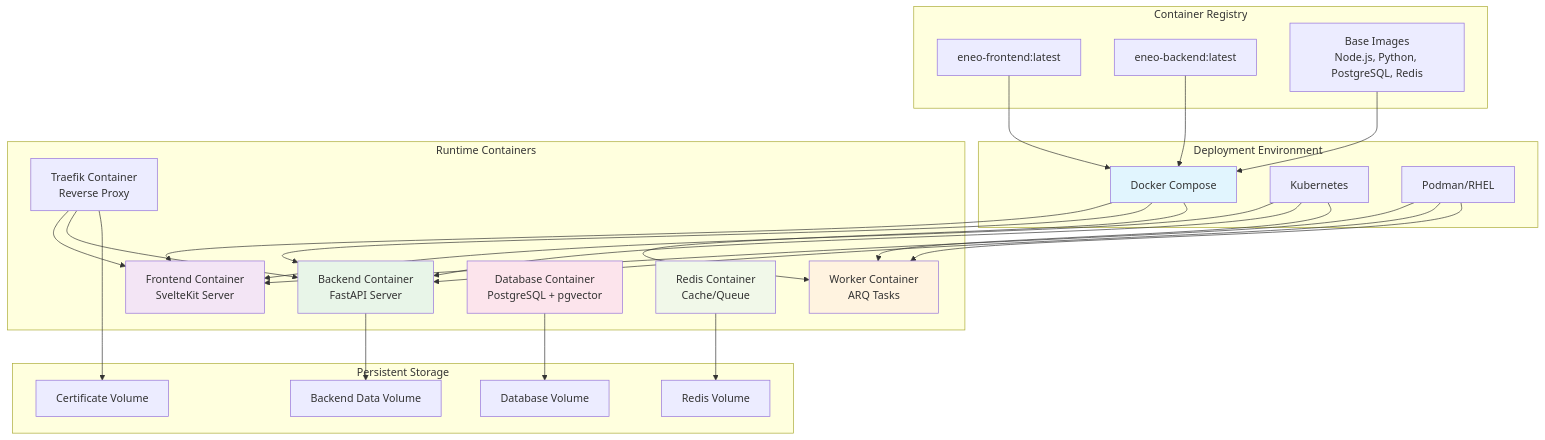
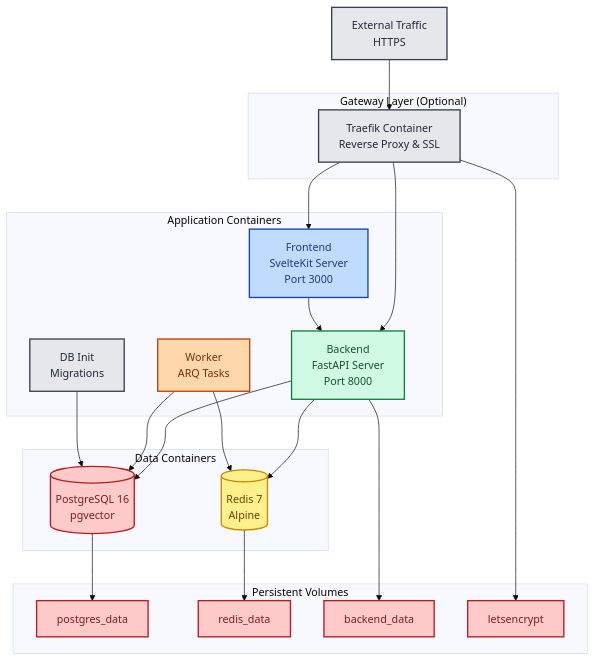
Before and after one commit to eneo-ai/eneo: the seventh of 7 diagrams in docs/ARCHITECTURE.md, drawn with Mermaid. The commit also changed other lines of this file, not shown here.

````diff
--- a/docs/ARCHITECTURE.md
+++ b/docs/ARCHITECTURE.md
@@ -674,61 +726,63 @@
 ```mermaid
-graph TB
-    subgraph "Container Registry"
-        FRONTEND_IMG[eneo-frontend:latest]
-        BACKEND_IMG[eneo-backend:latest]
-        BASE_IMGS[Base Images<br/>Node.js, Python, PostgreSQL, Redis]
+%%{init: {'theme': 'base'}}%%
+graph TD
+    classDef userFacing fill:#bfdbfe,stroke:#1e40af,stroke-width:2px,color:#1e3a8a
+    classDef appLogic fill:#d1fae5,stroke:#15803d,stroke-width:2px,color:#14532d
+    classDef dataStore fill:#fecaca,stroke:#b91c1c,stroke-width:2px,color:#7f1d1d
+    classDef caching fill:#fef08a,stroke:#ca8a04,stroke-width:2px,color:#713f12
+    classDef infra fill:#e5e7eb,stroke:#374151,stroke-width:2px,color:#1f2937
+    classDef workers fill:#fed7aa,stroke:#c2410c,stroke-width:2px,color:#7c2d12
+
+    EXT[External Traffic<br/>HTTPS]
+
+    subgraph "Gateway Layer (Optional)"
+        TRAEFIK[Traefik Container<br/>Reverse Proxy & SSL]
     end
-    
-    subgraph "Deployment Environment"
-        COMPOSE[Docker Compose]
-        K8S[Kubernetes]
-        PODMAN[Podman/RHEL]
+
+    subgraph "Application Containers"
+        FE[Frontend<br/>SvelteKit Server<br/>Port 3000]
+        BE[Backend<br/>FastAPI Server<br/>Port 8000]
+        WK[Worker<br/>ARQ Tasks]
+        INIT[DB Init<br/>Migrations]
     end
-    
-    subgraph "Runtime Containers"
-        TRAEFIK_C[Traefik Container<br/>Reverse Proxy]
-        FRONTEND_C[Frontend Container<br/>SvelteKit Server]
-        BACKEND_C[Backend Container<br/>FastAPI Server]
-        WORKER_C[Worker Container<br/>ARQ Tasks]
-        DB_C[Database Container<br/>PostgreSQL + pgvector]
-        REDIS_C[Redis Container<br/>Cache/Queue]
+
+    subgraph "Data Containers"
+        DB[(PostgreSQL 16<br/>pgvector)]
+        REDIS[(Redis 7<br/>Alpine)]
     end
-    
-    subgraph "Persistent Storage"
-        DB_VOL[Database Volume]
-        REDIS_VOL[Redis Volume]
-        BACKEND_VOL[Backend Data Volume]
-        CERT_VOL[Certificate Volume]
+
+    subgraph "Persistent Volumes"
+        DB_VOL[postgres_data]
+        REDIS_VOL[redis_data]
+        BACKEND_VOL[backend_data]
+        CERT_VOL[letsencrypt]
     end
-    
-    FRONTEND_IMG --> COMPOSE
-    BACKEND_IMG --> COMPOSE
-    BASE_IMGS --> COMPOSE
-    
-    COMPOSE --> FRONTEND_C
-    COMPOSE --> BACKEND_C
-    COMPOSE --> WORKER_C
-    
-    K8S --> FRONTEND_C
-    K8S --> BACKEND_C
-    K8S --> WORKER_C
-    
-    PODMAN --> FRONTEND_C
-    PODMAN --> BACKEND_C
-    PODMAN --> WORKER_C
-    
-    TRAEFIK_C --> FRONTEND_C
-    TRAEFIK_C --> BACKEND_C
-    
-    DB_C --> DB_VOL
-    REDIS_C --> REDIS_VOL
-    BACKEND_C --> BACKEND_VOL
-    TRAEFIK_C --> CERT_VOL
-    
-    style COMPOSE fill:#e1f5fe
-    style FRONTEND_C fill:#f3e5f5
-    style BACKEND_C fill:#e8f5e8
-    style WORKER_C fill:#fff3e0
-    style DB_C fill:#fce4ec
-    style REDIS_C fill:#f1f8e9
+
+    EXT --> TRAEFIK
+    TRAEFIK --> FE
+    TRAEFIK --> BE
+
+    FE --> BE
+    BE --> DB
+    BE --> REDIS
+
+    WK --> REDIS
+    WK --> DB
+
+    INIT --> DB
+
+    DB --> DB_VOL
+    REDIS --> REDIS_VOL
+    BE --> BACKEND_VOL
+    TRAEFIK --> CERT_VOL
+
+    class EXT infra
+    class TRAEFIK infra
+    class FE userFacing
+    class BE appLogic
+    class WK workers
+    class INIT infra
+    class DB dataStore
+    class REDIS caching
+    class DB_VOL,REDIS_VOL,BACKEND_VOL,CERT_VOL dataStore
 ```
````
